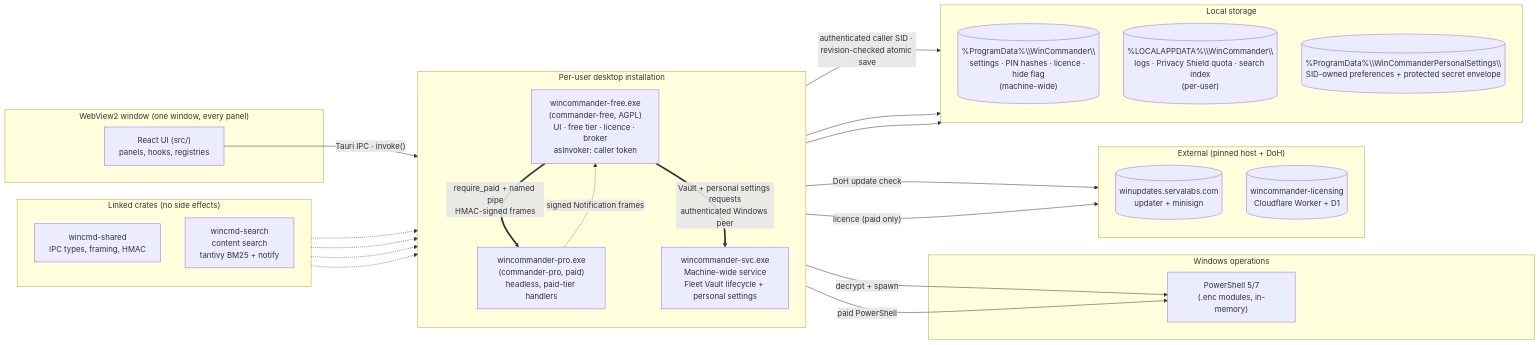
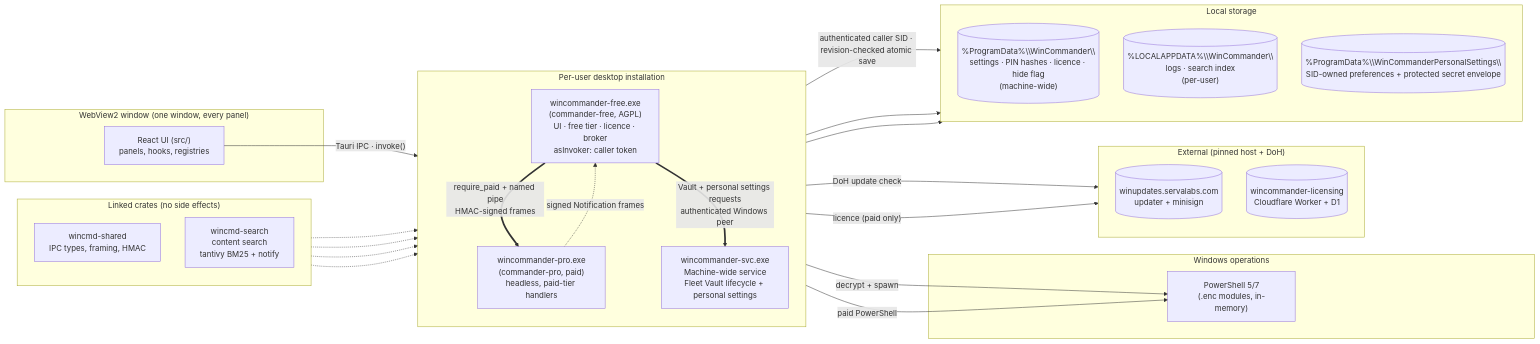
The first of 3 diagrams in ARCHITECTURE.md (servalabs/wincommander), drawn with Mermaid before and after one commit. The commit also changed other lines of this file and 9 other files, not shown here.

````diff
--- a/ARCHITECTURE.md
+++ b/ARCHITECTURE.md
@@ -21,52 +21,52 @@
 ```mermaid
 flowchart LR
   subgraph window["WebView2 window (one window, every panel)"]
     UI["React UI (src/)<br/>panels, hooks, registries"]
   end
 
   subgraph binaries["Per-user desktop installation"]
     direction TB
     FREE["wincommander-free.exe<br/>(commander-free, AGPL)<br/>UI · free tier · licence · broker<br/>asInvoker: caller token"]
     PRO["wincommander-pro.exe<br/>(commander-pro, paid)<br/>headless, paid-tier handlers"]
     SVC["wincommander-svc.exe<br/>Machine-wide service<br/>Fleet Vault lifecycle + personal settings"]
   end
 
   subgraph crates["Linked crates (no side effects)"]
     direction TB
     SHARED["wincmd-shared<br/>IPC types, framing, HMAC"]
     SEARCH["wincmd-search<br/>content search<br/>tantivy BM25 + notify"]
   end
 
   subgraph ops["Windows operations"]
     PS["PowerShell 5/7<br/>(.enc modules, in-memory)"]
   end
 
   subgraph endpoints["External (pinned host + DoH)"]
     direction TB
     UPD[("winupdates.servalabs.com<br/>updater + minisign")]
     LIC[("wincommander-licensing<br/>Cloudflare Worker + D1")]
   end
 
   subgraph storage["Local storage"]
     direction TB
     STORE[("%ProgramData%\\WinCommander\\<br/>settings · PIN hashes · licence · hide flag<br/>(machine-wide)")]
-    USTORE[("%LOCALAPPDATA%\\WinCommander\\<br/>logs · Privacy Shield quota · search index<br/>(per-user)")]
+    USTORE[("%LOCALAPPDATA%\\WinCommander\\<br/>logs · search index<br/>(per-user)")]
     PSTORE[("%ProgramData%\\WinCommanderPersonalSettings\\<br/>SID-owned preferences + protected secret envelope")]
   end
 
   UI -- "Tauri IPC · invoke()" --> FREE
   FREE -- "decrypt + spawn" --> PS
   FREE == "require_paid + named pipe<br/>HMAC-signed frames" ==> PRO
   FREE == "Vault + personal settings requests<br/>authenticated Windows peer" ==> SVC
   SVC -- "authenticated caller SID · revision-checked atomic save" --> PSTORE
   PRO -- "paid PowerShell" --> PS
   PRO -. "signed Notification frames" .-> FREE
   FREE -- "DoH update check" --> UPD
   FREE -- "licence (paid only)" --> LIC
   FREE --> STORE
   FREE --> USTORE
   SHARED -.-> FREE
   SHARED -.-> PRO
   SHARED -.-> SVC
   SEARCH -.-> FREE
 ```
````
